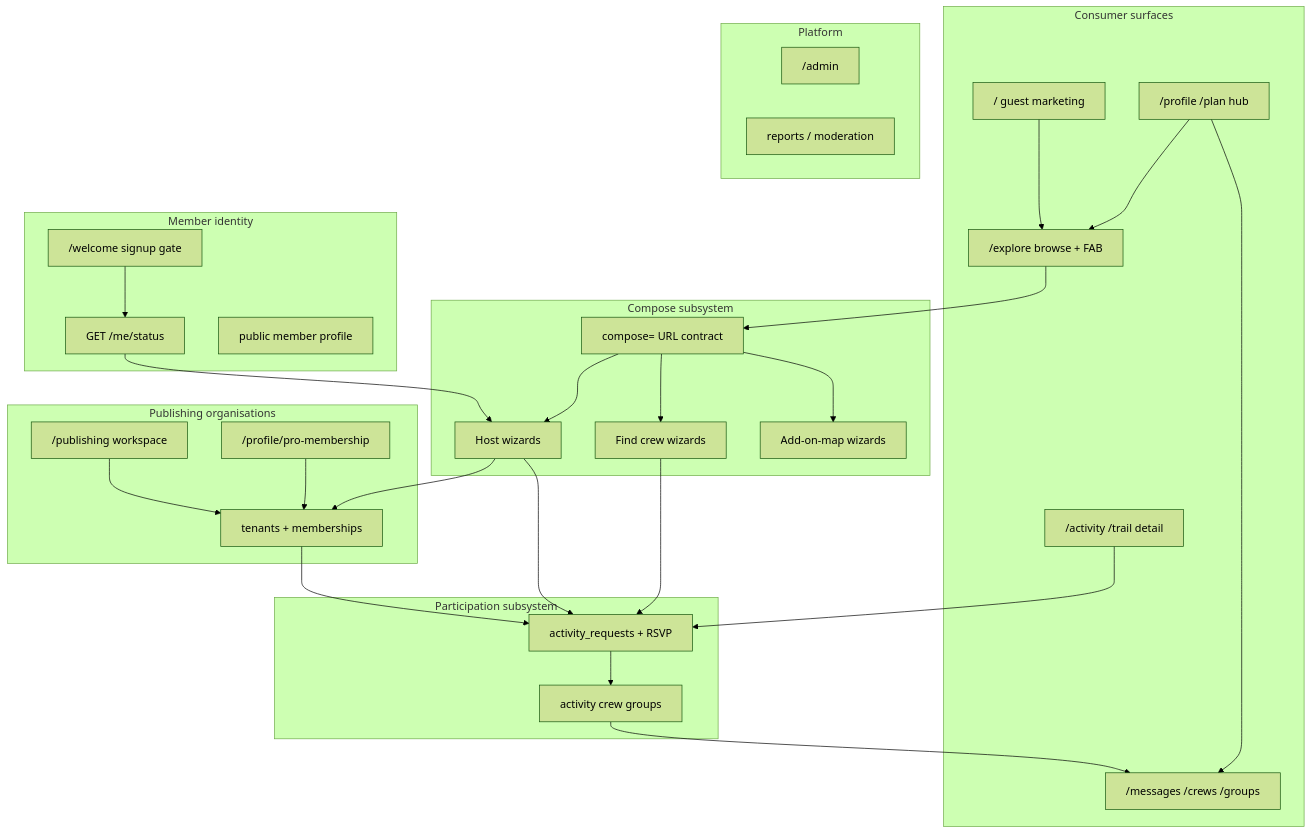
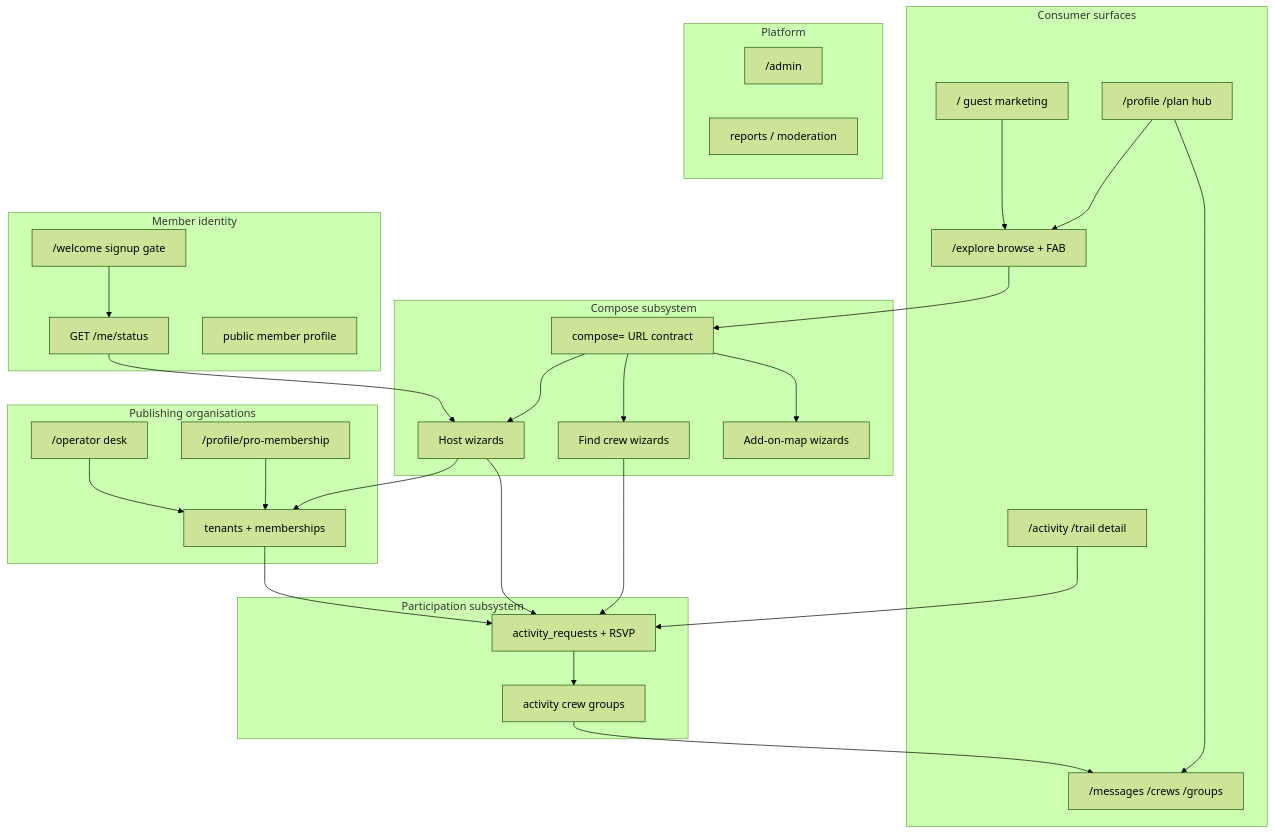
One commit to rajpurchasync/UAEtrail changed the diagram in docs/SYSTEM_COHERENCE.md. Above: the diagram before and after it, drawn with Mermaid (forest theme). The commit also changed other lines of this file and 241 other files, not shown here.

First line of the commit message:
Unify operator desk: kind-aware SPA, lexicon, and shop manage HTTP.

````diff
--- a/docs/SYSTEM_COHERENCE.md
+++ b/docs/SYSTEM_COHERENCE.md
@@ -31,58 +31,58 @@
 ```mermaid
 flowchart TB
   subgraph surfaces [Consumer surfaces]
     M["/ guest marketing"]
     E["/explore browse + FAB"]
     P["/profile /plan hub"]
     D["/activity /trail detail"]
     MSG["/messages /crews /groups"]
   end
 
   subgraph compose [Compose subsystem]
     FAB["compose= URL contract"]
     ORG["Host wizards"]
     FIND["Find crew wizards"]
     ADD["Add-on-map wizards"]
   end
 
   subgraph participation [Participation subsystem]
     JOIN["activity_requests + RSVP"]
     CREW["activity crew groups"]
   end
 
   subgraph identity [Member identity]
     WEL["/welcome signup gate"]
     HS["GET /me/status"]
     PUB["public member profile"]
   end
 
   subgraph publishing [Publishing organisations]
     TEN["tenants + memberships"]
-    HOST["/publishing workspace"]
+    HOST["/operator desk"]
     PRO["/profile/pro-membership"]
   end
 
   subgraph platform [Platform]
     ADM["/admin"]
     MOD["reports / moderation"]
   end
 
   M --> E
   E --> FAB
   FAB --> ORG
   FAB --> FIND
   FAB --> ADD
   ORG --> TEN
   ORG --> JOIN
   FIND --> JOIN
   D --> JOIN
   JOIN --> CREW
   CREW --> MSG
   WEL --> HS
   HS --> ORG
   PRO --> TEN
   HOST --> TEN
   TEN --> JOIN
   P --> E
   P --> MSG
 ```
````
